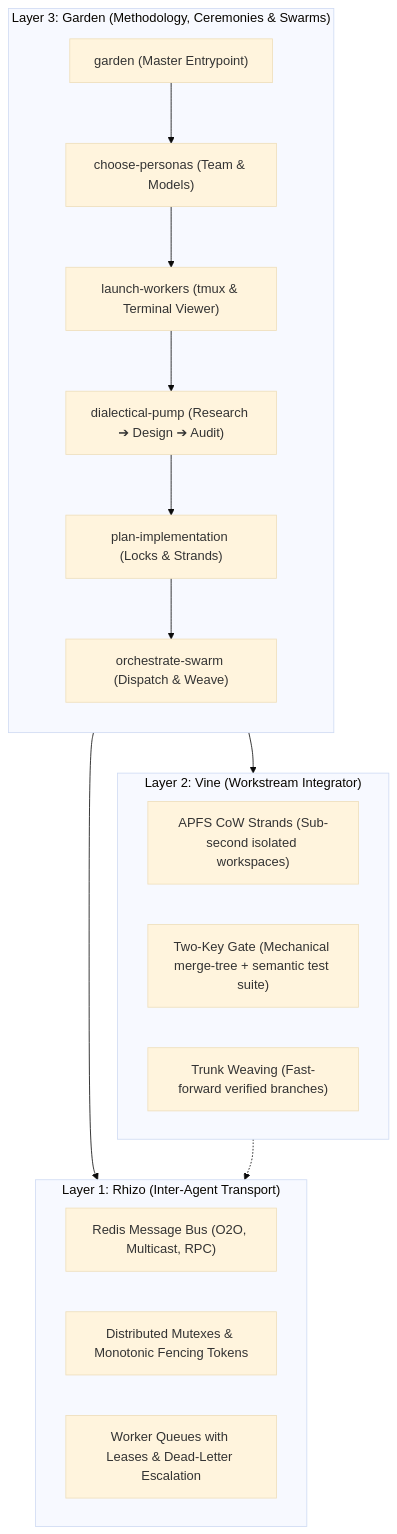
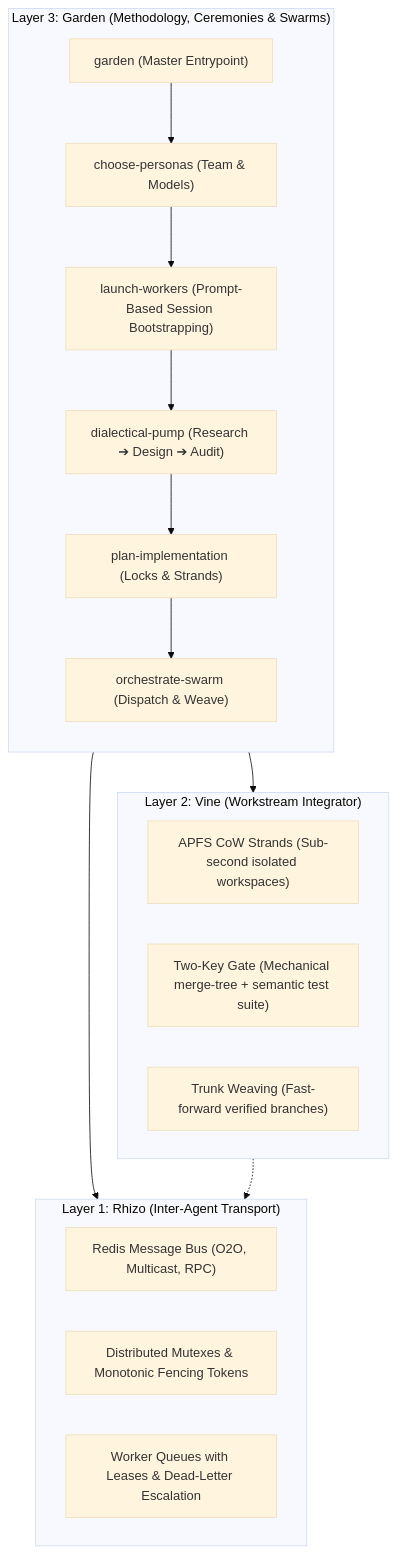
Before and after one commit to axiomantic/garden: the diagram in README.md, drawn with Mermaid (base theme). The commit also changed other lines of this file and 11 other files, not shown here.

Commit message:
chore(release): v0.2.0 - prompt-based swarm bootstrapping & 10-backtick raw markdown blocks

````diff
--- a/README.md
+++ b/README.md
@@ -25,29 +25,29 @@
 ```mermaid
 flowchart TD
     subgraph Layer3["Layer 3: Garden (Methodology, Ceremonies & Swarms)"]
         direction TB
         GardenSkill["garden (Master Entrypoint)"]
         P1["choose-personas (Team & Models)"]
-        P2["launch-workers (tmux & Terminal Viewer)"]
+        P2["launch-workers (Prompt-Based Session Bootstrapping)"]
         P3["dialectical-pump (Research ➔ Design ➔ Audit)"]
         P4["plan-implementation (Locks & Strands)"]
         P5["orchestrate-swarm (Dispatch & Weave)"]
         GardenSkill --> P1 --> P2 --> P3 --> P4 --> P5
     end
 
     subgraph Layer2["Layer 2: Vine (Workstream Integrator)"]
         Strands["APFS CoW Strands (Sub-second isolated workspaces)"]
         TwoKey["Two-Key Gate (Mechanical merge-tree + semantic test suite)"]
         Weave["Trunk Weaving (Fast-forward verified branches)"]
     end
 
     subgraph Layer1["Layer 1: Rhizo (Inter-Agent Transport)"]
         Bus["Redis Message Bus (O2O, Multicast, RPC)"]
         Locks["Distributed Mutexes & Monotonic Fencing Tokens"]
         Queues["Worker Queues with Leases & Dead-Letter Escalation"]
     end
 
     Layer3 --> Layer2
     Layer3 --> Layer1
     Layer2 -.-> Layer1
 ```
````
